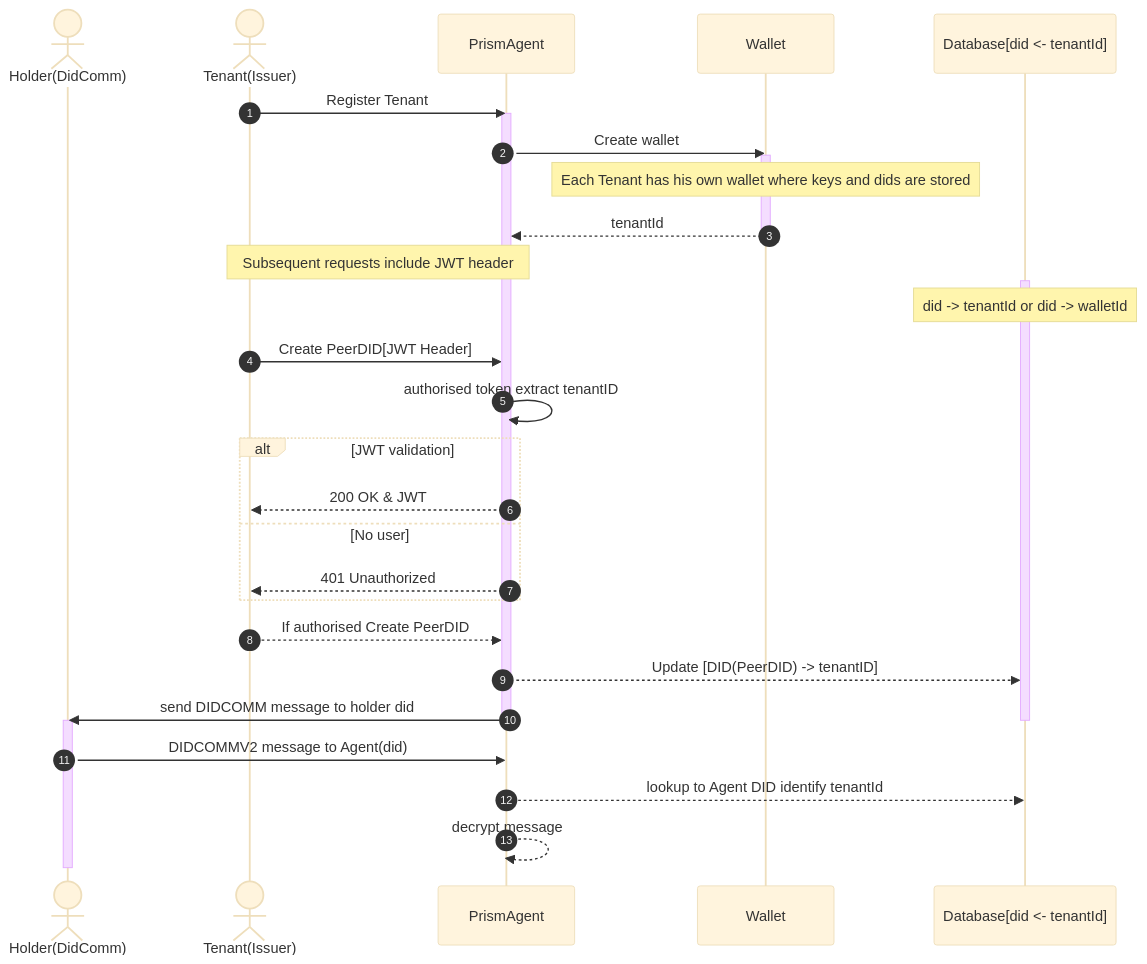
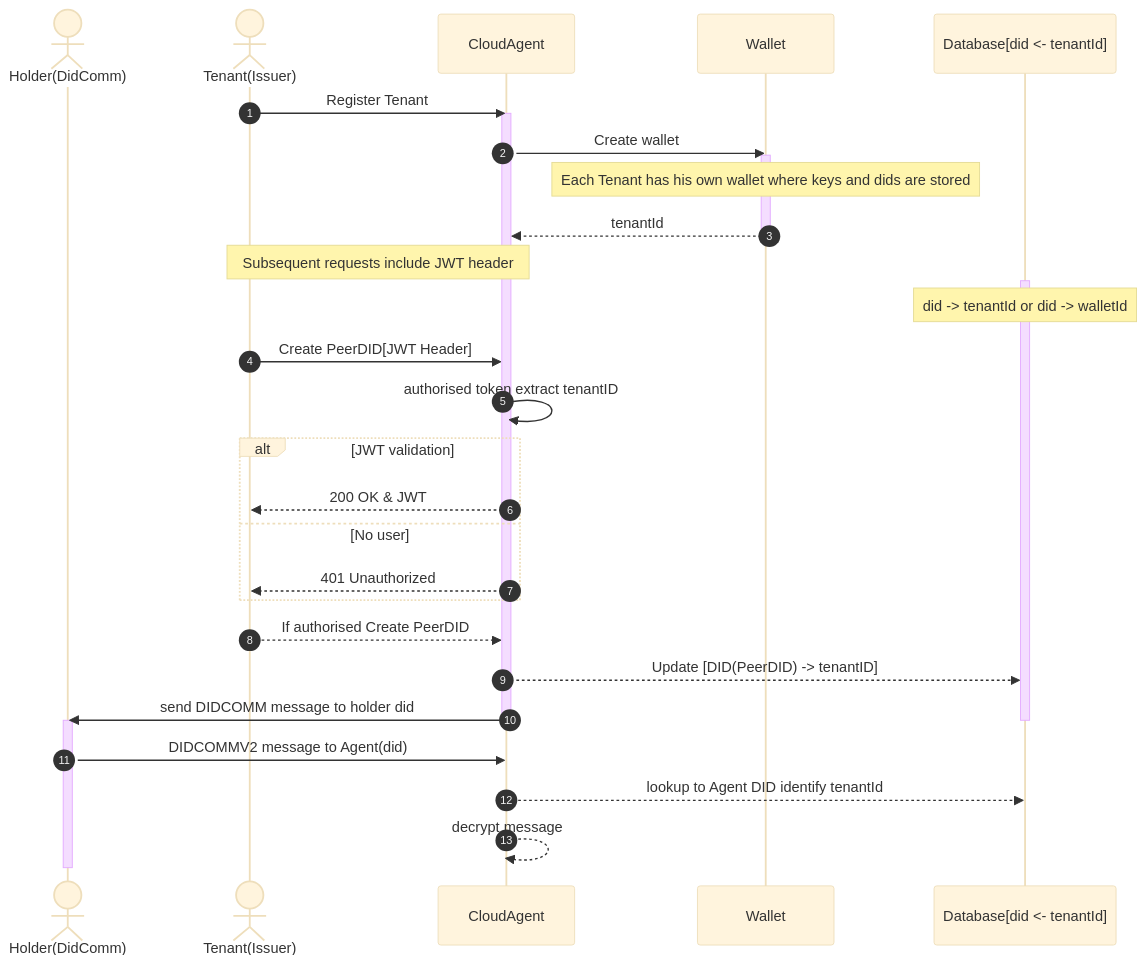
The diagram in docs/decisions/20230509-message-routing-for-multi-tenant.md (hyperledger/identus-cloud-agent), drawn with Mermaid (base theme) before and after one commit. The commit also changed other lines of this file and 17 other files, not shown here.

```diff
--- a/docs/decisions/20230509-message-routing-for-multi-tenant.md
+++ b/docs/decisions/20230509-message-routing-for-multi-tenant.md
@@ -16,36 +16,36 @@
 <pre class="mermaid">
     sequenceDiagram
     autonumber
     actor H as Holder(DidComm)
     actor T as Tenant(Issuer)
-    participant A as PrismAgent
+    participant A as CloudAgent
     participant W as Wallet
     participant DB as Database[did <- tenantId]
     T->>A: Register Tenant
     activate A
     A->>W: Create wallet
             activate W
                 note over W: Each Tenant has his own wallet where keys and dids are stored
                 W-->>A: tenantId
             deactivate W
             note over T, A: Subsequent requests include JWT header
             activate DB
                 note over DB: did -> tenantId or did -> walletId
                 T->>A: Create PeerDID[JWT Header]
                 A->>A: authorised token extract tenantID
                 alt JWT validation
                     A-->>T: 200 OK & JWT
                 else No user
                     A-->>T: 401 Unauthorized
                 end
                 T-->>A: If authorised Create PeerDID
                 A-->>DB: Update [DID(PeerDID) -> tenantID]
                 A->>H: send DIDCOMM message to holder did
             deactivate DB
     deactivate A
     activate H
         H->>A: DIDCOMMV2 message to Agent(did)
         A-->>DB:lookup to Agent DID identify tenantId
         A-->>A:decrypt message
     deactivate H
 </pre>
```
